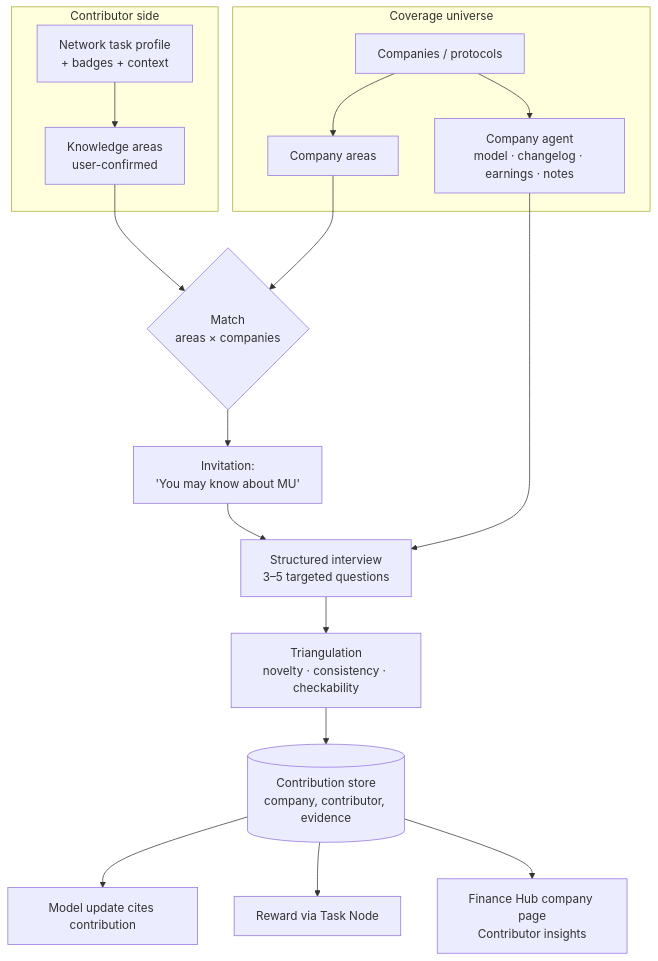
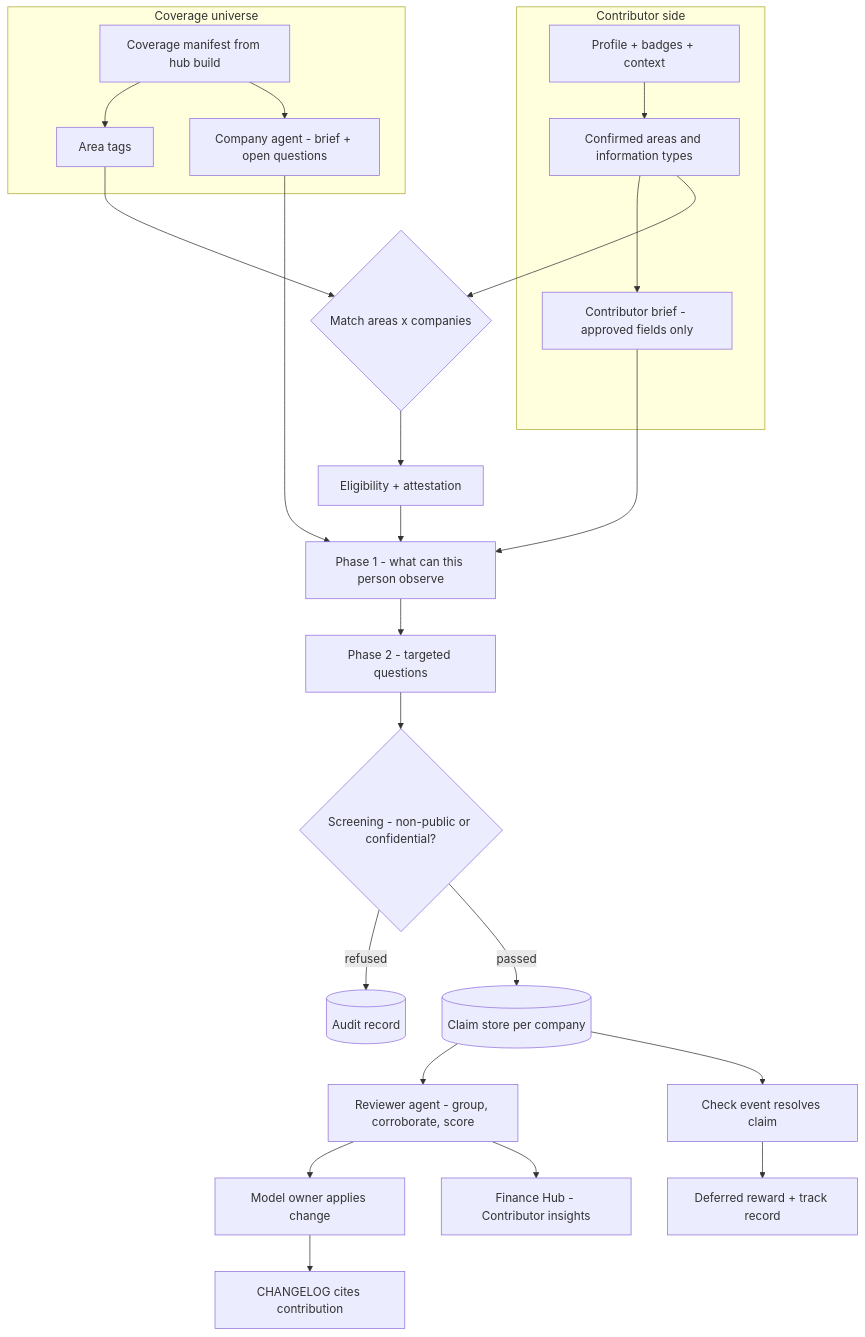
One commit to postfiatorg/postfiatl1v2 changed the diagram in big_milestone/pillars/10-information-hive-mind.md. Above: the diagram before and after it, drawn with Mermaid. The commit also changed other lines of this file and 44 other files, not shown here.

````diff
--- a/big_milestone/pillars/10-information-hive-mind.md
+++ b/big_milestone/pillars/10-information-hive-mind.md
@@ -41,20 +47,27 @@
 ```mermaid
 flowchart TB
     subgraph Contributor side
-      P[Network task profile<br/>+ badges + context] --> KA[Knowledge areas<br/>user-confirmed]
+      P["Profile + badges + context"] --> KA["Confirmed areas and information types"]
+      KA --> CB["Contributor brief - approved fields only"]
     end
     subgraph Coverage universe
-      CU[Companies / protocols] --> CA[Company areas]
-      CU --> AG[Company agent<br/>model · changelog · earnings · notes]
+      CU["Coverage manifest from hub build"] --> CA[Area tags]
+      CU --> AG["Company agent - brief + open questions"]
     end
-    KA --> MATCH{Match<br/>areas × companies}
+    KA --> MATCH{"Match areas x companies"}
     CA --> MATCH
-    MATCH --> INV[Invitation:<br/>'You may know about MU']
-    INV --> CHAT[Structured interview<br/>3–5 targeted questions]
-    AG --> CHAT
-    CHAT --> TRI[Triangulation<br/>novelty · consistency · checkability]
-    TRI --> STORE[(Contribution store<br/>company, contributor, evidence)]
-    STORE --> MU[Model update cites contribution]
-    STORE --> RW[Reward via Task Node]
-    STORE --> FH[Finance Hub company page<br/>Contributor insights]
+    MATCH --> ATT["Eligibility + attestation"]
+    ATT --> Q1["Phase 1 - what can this person observe"]
+    CB --> Q1
+    AG --> Q1
+    Q1 --> Q2["Phase 2 - targeted questions"]
+    Q2 --> SCR{"Screening - non-public or confidential?"}
+    SCR -- refused --> LOG[("Audit record")]
+    SCR -- passed --> CS[("Claim store per company")]
+    CS --> RA["Reviewer agent - group, corroborate, score"]
+    RA --> OWN["Model owner applies change"]
+    OWN --> CL["CHANGELOG cites contribution"]
+    CS --> CHK["Check event resolves claim"]
+    CHK --> RW["Deferred reward + track record"]
+    RA --> FH["Finance Hub - Contributor insights"]
 ```
````
